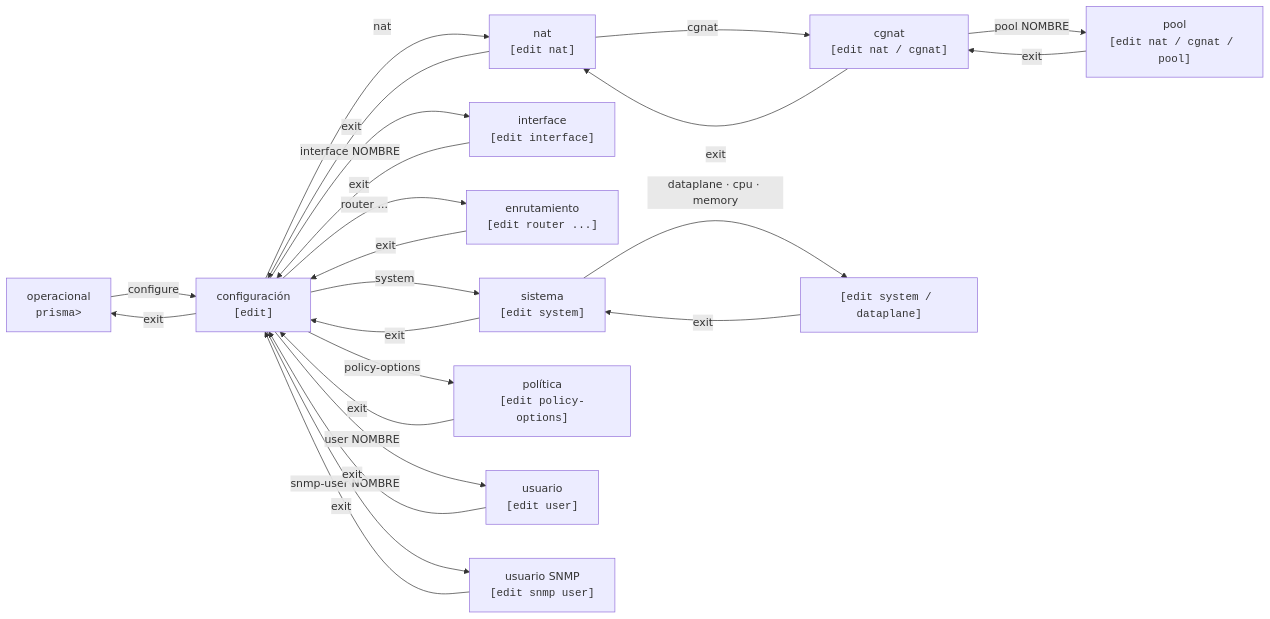
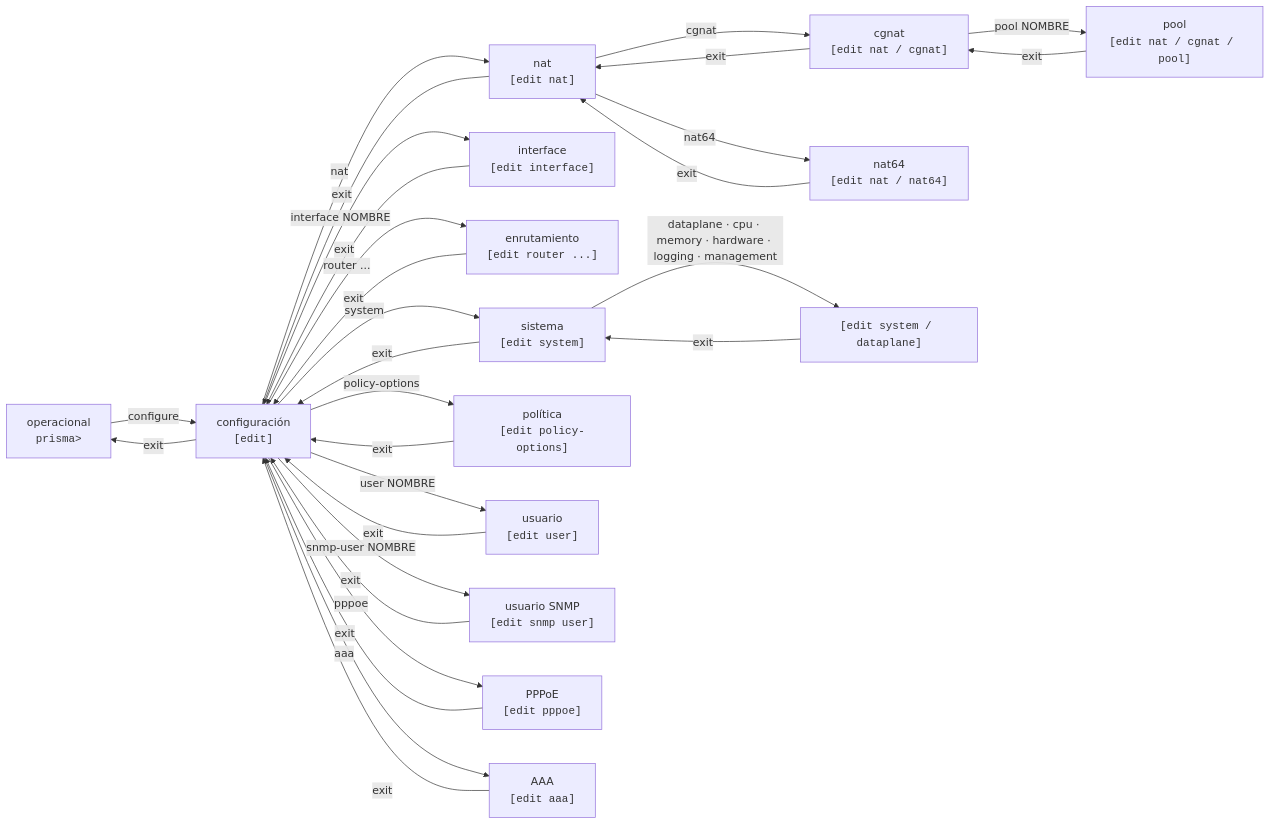
Before and after one commit to andrediashexa/prismarouting: the diagram in wiki/referencia-2/vty-prismash-guia-de-uso/index.md, drawn with Mermaid. The commit also changed other lines of this file and 2 other files, not shown here.

````diff
--- a/wiki/referencia-2/vty-prismash-guia-de-uso/index.md
+++ b/wiki/referencia-2/vty-prismash-guia-de-uso/index.md
@@ -5,25 +5,31 @@
 ```mermaid
 flowchart LR
     O["operacional<br/><code>prisma&gt;</code>"] -->|configure| G["configuración<br/><code>[edit]</code>"]
     G -->|nat| N["nat<br/><code>[edit nat]</code>"]
     N -->|cgnat| C["cgnat<br/><code>[edit nat / cgnat]</code>"]
     C -->|"pool NOMBRE"| P["pool<br/><code>[edit nat / cgnat / pool]</code>"]
+    N -->|nat64| N6["nat64<br/><code>[edit nat / nat64]</code>"]
     G -->|"interface NOMBRE"| I["interface<br/><code>[edit interface]</code>"]
     G -->|"router ..."| R["enrutamiento<br/><code>[edit router ...]</code>"]
     G -->|system| S["sistema<br/><code>[edit system]</code>"]
-    S -->|"dataplane · cpu · memory"| SD["<code>[edit system / dataplane]</code>"]
+    S -->|"dataplane · cpu · memory · hardware · logging · management"| SD["<code>[edit system / dataplane]</code>"]
     G -->|policy-options| PO["política<br/><code>[edit policy-options]</code>"]
     G -->|"user NOMBRE"| U["usuario<br/><code>[edit user]</code>"]
     G -->|"snmp-user NOMBRE"| SU["usuario SNMP<br/><code>[edit snmp user]</code>"]
+    G -->|pppoe| PP["PPPoE<br/><code>[edit pppoe]</code>"]
+    G -->|aaa| AA["AAA<br/><code>[edit aaa]</code>"]
     P -->|exit| C
     C -->|exit| N
+    N6 -->|exit| N
     N -->|exit| G
     SD -->|exit| S
     S -->|exit| G
     I -->|exit| G
     R -->|exit| G
     PO -->|exit| G
     U -->|exit| G
     SU -->|exit| G
+    PP -->|exit| G
+    AA -->|exit| G
     G -->|exit| O
 ```
````
